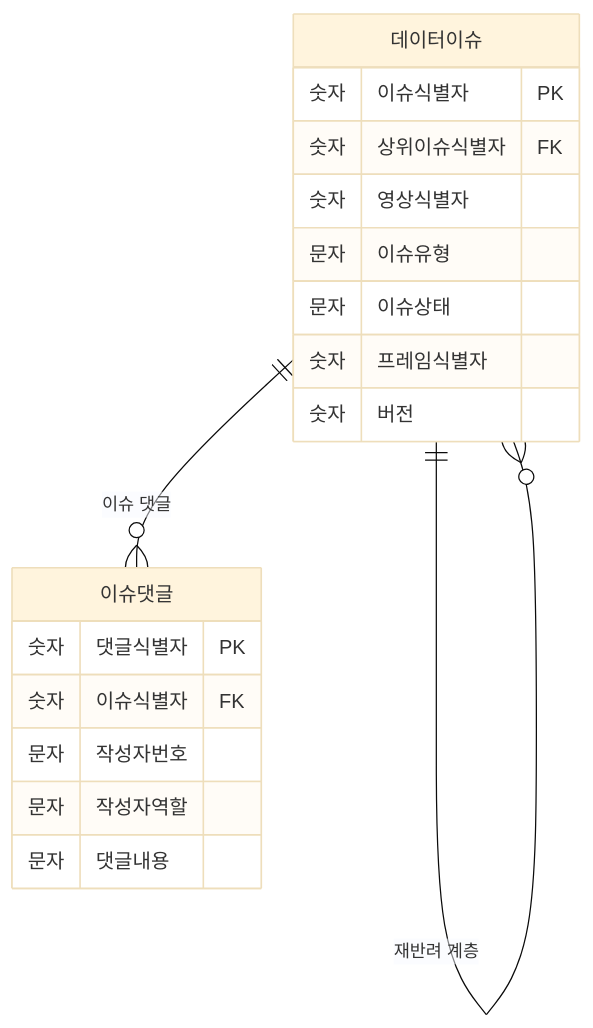
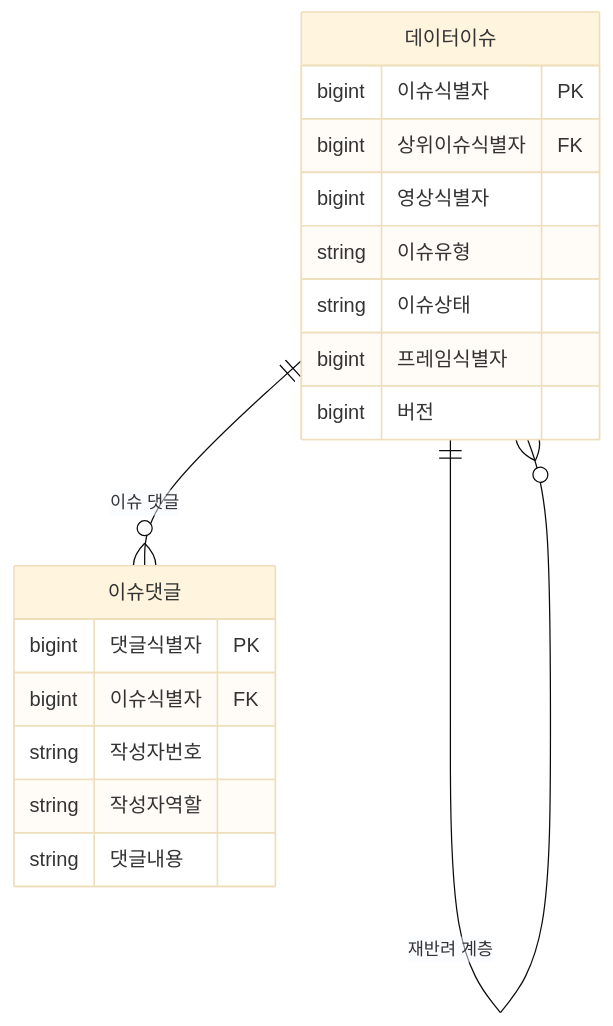
Before and after one commit to New-stella/klid-label: the eighth of 14 diagrams in docs/0705/D8-엔티티관계모형설계서.md, drawn with Mermaid (base theme). The commit also changed other lines of this file and 1 other file, not shown here.

First line of the commit message:
docs(D8): §2 속성명 한글화 + §1 ERD 타입 물리 원형 복원

````diff
--- a/docs/0705/D8-엔티티관계모형설계서.md
+++ b/docs/0705/D8-엔티티관계모형설계서.md
@@ -311,23 +311,23 @@
 ```mermaid
 erDiagram
     데이터이슈 ||--o{ 이슈댓글 : "이슈 댓글"
     데이터이슈 ||--o{ 데이터이슈 : "재반려 계층"
     데이터이슈 {
         %% class: LsDataIssue (KLID-AT-DC-103)
-        숫자 이슈식별자 PK
-        숫자 상위이슈식별자 FK
-        숫자 영상식별자
-        문자 이슈유형
-        문자 이슈상태
-        숫자 프레임식별자
-        숫자 버전
+        bigint 이슈식별자 PK
+        bigint 상위이슈식별자 FK
+        bigint 영상식별자
+        string 이슈유형
+        string 이슈상태
+        bigint 프레임식별자
+        bigint 버전
     }
     이슈댓글 {
         %% class: - ※ (D1 미정의 · 데이터이슈 집합 내부 부속 엔티티)
-        숫자 댓글식별자 PK
-        숫자 이슈식별자 FK
-        문자 작성자번호
-        문자 작성자역할
-        문자 댓글내용
+        bigint 댓글식별자 PK
+        bigint 이슈식별자 FK
+        string 작성자번호
+        string 작성자역할
+        string 댓글내용
     }
 ```
````
